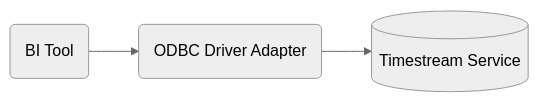
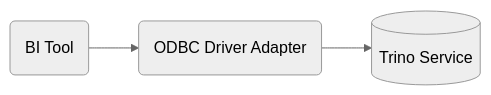
The diagram in docs/markdown/index.md (skilld-labs/trino-odbc), drawn with Mermaid (neutral theme) before and after one commit. The commit also changed other lines of this file and 287 other files, not shown here.

````diff
--- a/docs/markdown/index.md
+++ b/docs/markdown/index.md
@@ -16,4 +16,4 @@
 ```mermaid
 graph LR
-    A(BI Tool) --> B(ODBC Driver Adapter) --> C[(Timestream Service)]
+    A(BI Tool) --> B(ODBC Driver Adapter) --> C[(Trino Service)]
 ```
````
